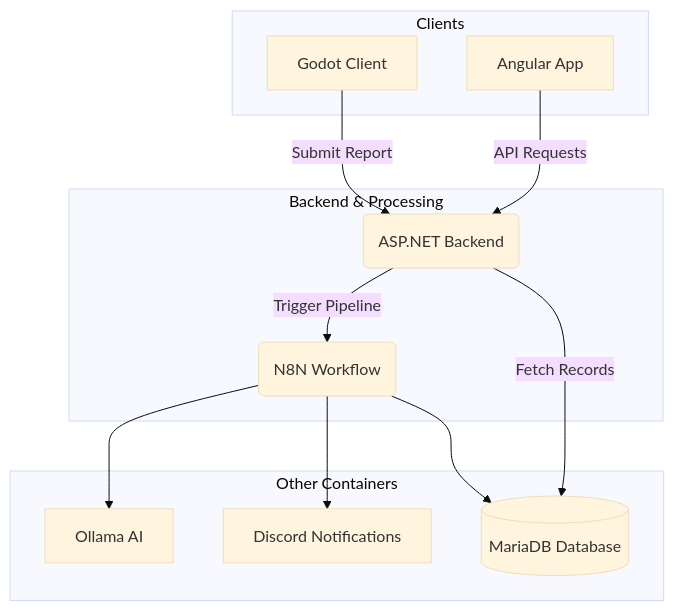
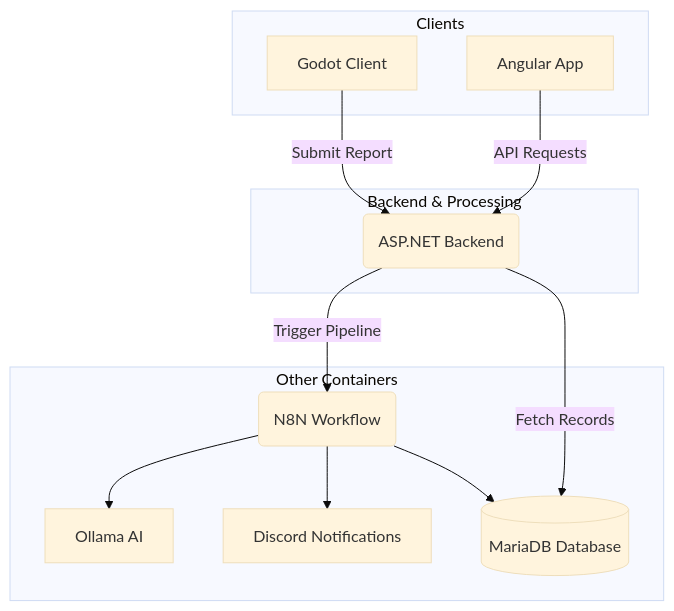
Before and after one commit to Half-Way-Games/Bug-Report-Tool: the diagram in README.md, drawn with Mermaid (base theme).

Commit message:
Update diagram to be easier to follow

````diff
--- a/README.md
+++ b/README.md
@@ -9,29 +9,30 @@
 ```mermaid
 flowchart TD
     subgraph Clients ["Clients"]
         A[Godot Client]
         D[Angular App]
     end
 
     subgraph Backend ["Backend & Processing"]
         B(ASP.NET Backend)
-        C(N8N Workflow)
+        
     end
 
     subgraph Storage_AI ["Other Containers"]
+        C(N8N Workflow)
         Ollama[Ollama AI]
         Discord[Discord Notifications]
         MariaDB[(MariaDB Database)]
     end
 
     %% Workflow 1: Bug Submission
     A -->|Submit Report| B
     B -->|Trigger Pipeline| C
     C --> MariaDB
     C --> Ollama
     C --> Discord
 
     %% Workflow 2: Bug Retrieval & Viewing
     D -->|API Requests| B
     B -->|Fetch Records| MariaDB
 ```
````
